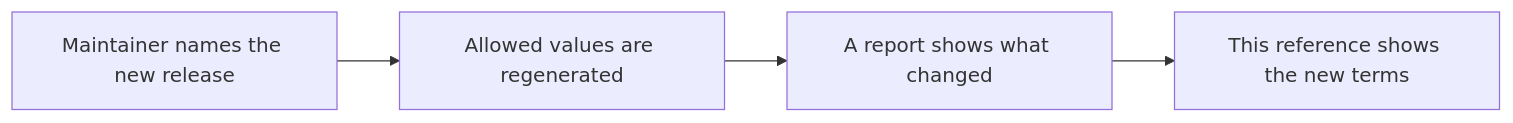
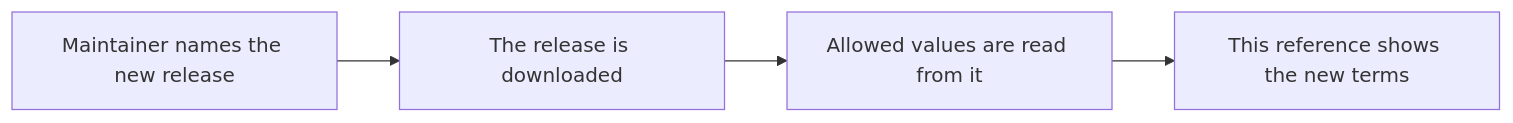
One commit to ihfc-iugg/ghfdb changed the second of 2 diagrams in docs/reference/fields/index.md. Above: the diagram before and after it, drawn with Mermaid. The commit also changed other lines of this file and 52 other files, not shown here.

Commit message:
Read vocabulary terms from the published release instead of copying them

````diff
--- a/docs/reference/fields/index.md
+++ b/docs/reference/fields/index.md
@@ -59,6 +62,6 @@
 ```{mermaid}
 flowchart LR
-    named[Maintainer names the new release] --> regenerated[Allowed values are regenerated]
-    regenerated --> report[A report shows what changed]
-    report --> pages[This reference shows the new terms]
+    named[Maintainer names the new release] --> downloaded[The release is downloaded]
+    downloaded --> read[Allowed values are read from it]
+    read --> pages[This reference shows the new terms]
 ```
````
